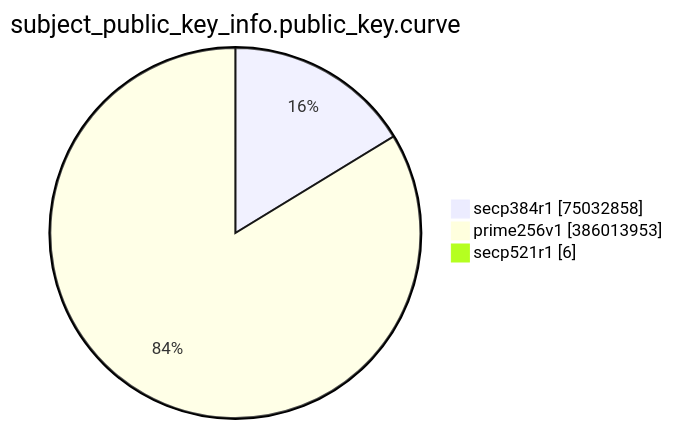
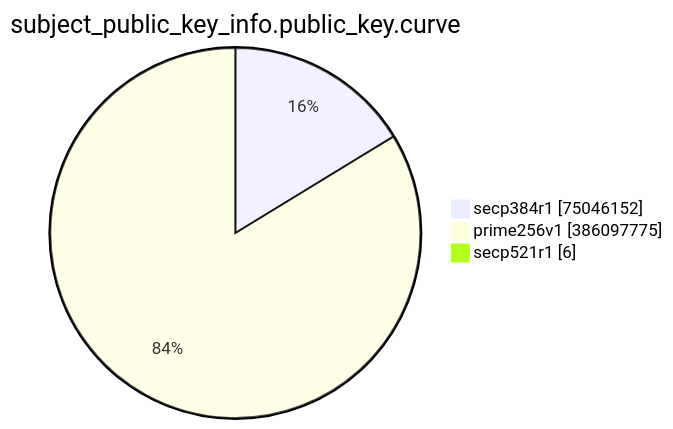
Before and after one commit to christiankrug/ctmonitor_visualization: the eighth of 15 diagrams in TOTAL/README.md, drawn with Mermaid. The commit also changed other lines of this file, not shown here.

````diff
--- a/TOTAL/README.md
+++ b/TOTAL/README.md
@@ -3094,7 +3094,7 @@
 ```mermaid
 pie showData
 title subject_public_key_info.public_key.curve
-"secp384r1" :75032858
-"prime256v1" :386013953
+"secp384r1" :75046152
+"prime256v1" :386097775
 "secp521r1" :6
 ```
````
